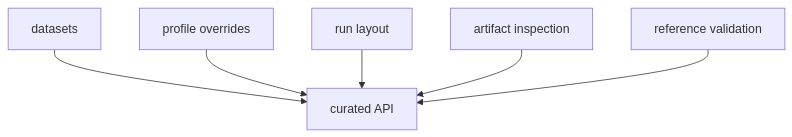
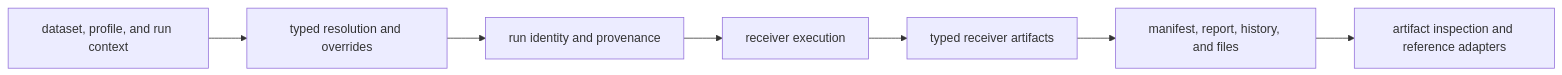
The first of 2 diagrams in crates/bijux-gnss-infra/docs/ARCHITECTURE.md (bijux/bijux-telecom), drawn with Mermaid before and after one commit. The commit also changed other lines of this file and 1 other file, not shown here.

````diff
--- a/crates/bijux-gnss-infra/docs/ARCHITECTURE.md
+++ b/crates/bijux-gnss-infra/docs/ARCHITECTURE.md
@@ -7,15 +10,17 @@
 ```mermaid
-flowchart TB
-    datasets["datasets"]
-    overrides["profile overrides"]
-    runs["run layout"]
-    inspect["artifact inspection"]
-    validation["reference validation"]
-    api["curated API"]
+flowchart LR
+    inputs["dataset, profile, and run context"]
+    resolution["typed resolution and overrides"]
+    identity["run identity and provenance"]
+    execution["receiver execution"]
+    artifacts["typed receiver artifacts"]
+    persistence["manifest, report, history, and files"]
+    inspection["artifact inspection and reference adapters"]
 
-    datasets --> api
-    overrides --> api
-    runs --> api
-    inspect --> api
-    validation --> api
+    inputs --> resolution
+    resolution --> identity
+    identity --> execution
+    execution --> artifacts
+    artifacts --> persistence
+    persistence --> inspection
 ```
````
